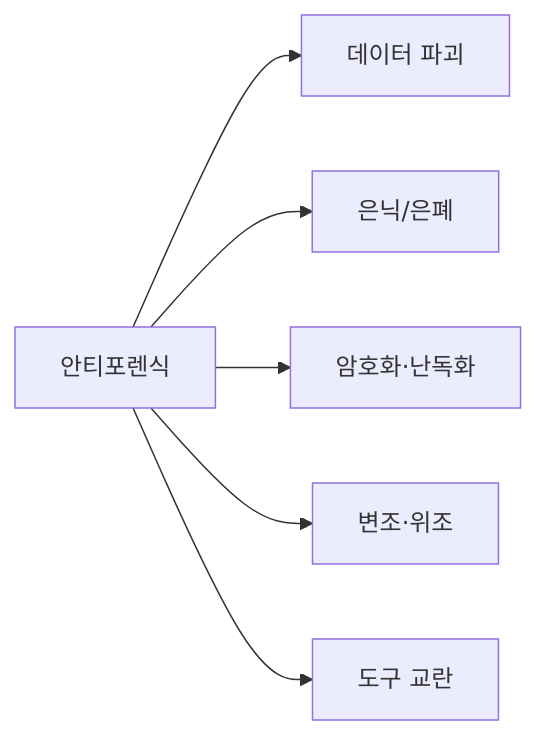
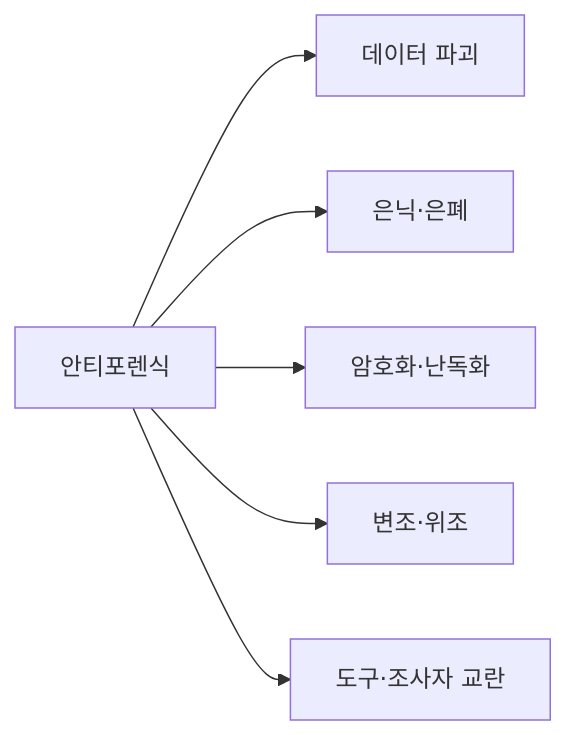
The first of 2 diagrams in content/anti-forensic.md (coninggu/wjdqhrhksflrltnftk), drawn with Mermaid before and after one commit. The commit also changed other lines of this file and 9 other files, not shown here.

````diff
--- a/content/anti-forensic.md
+++ b/content/anti-forensic.md
@@ -15,8 +15,8 @@
 ```mermaid
 flowchart LR
   A[안티포렌식] --> D[데이터 파괴]
-  A --> H[은닉/은폐]
+  A --> H[은닉·은폐]
   A --> E[암호화·난독화]
   A --> F[변조·위조]
-  A --> T[도구 교란]
+  A --> T[도구·조사자 교란]
 ```
````
